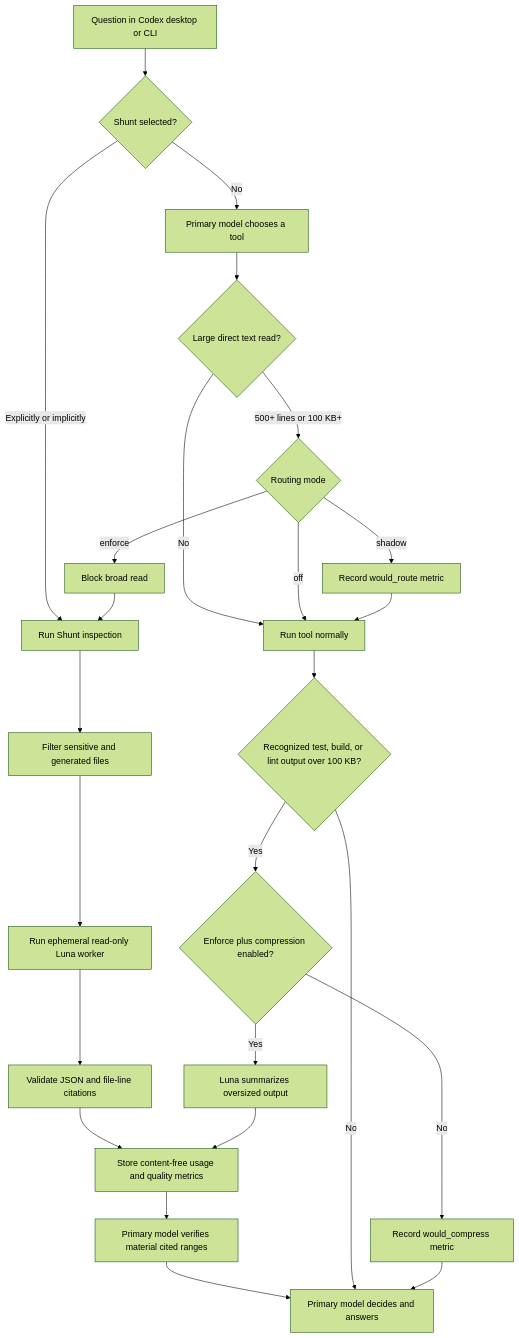
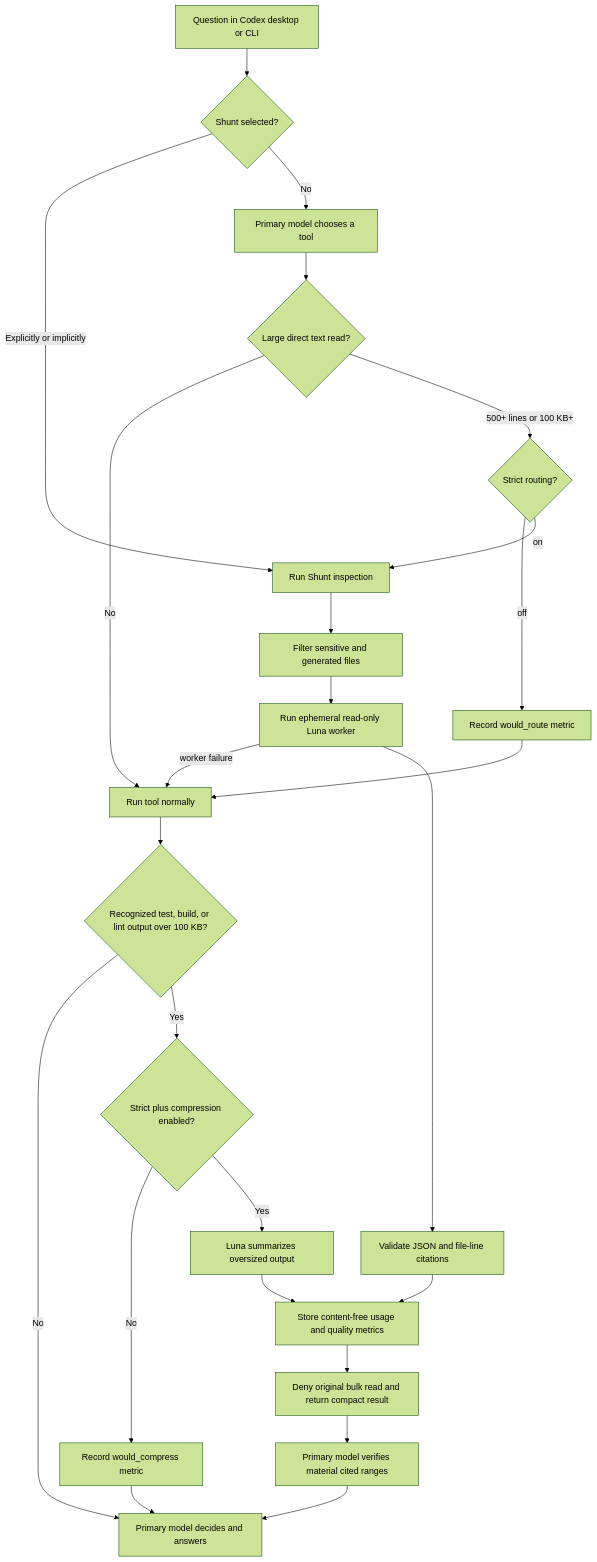
One commit to OstermanEric/codex-shunt changed the diagram in README.md. Above: the diagram before and after it, drawn with Mermaid (forest theme). The commit also changed other lines of this file and 12 other files, not shown here.

````diff
--- a/README.md
+++ b/README.md
@@ -64,27 +64,27 @@
 ```mermaid
 flowchart TD
     A[Question in Codex desktop or CLI] --> B{Shunt selected?}
     B -- Explicitly or implicitly --> W[Run Shunt inspection]
     B -- No --> C[Primary model chooses a tool]
     C --> D{Large direct text read?}
     D -- No --> N[Run tool normally]
-    D -- 500+ lines or 100 KB+ --> M{Routing mode}
-    M -- off --> N
-    M -- shadow --> R[Record would_route metric]
+    D -- 500+ lines or 100 KB+ --> M{Strict routing?}
+    M -- off --> R[Record would_route metric]
     R --> N
-    M -- enforce --> X[Block broad read]
-    X --> W
+    M -- on --> W
     W --> F[Filter sensitive and generated files]
     F --> L[Run ephemeral read-only Luna worker]
+    L -- worker failure --> N
     L --> J[Validate JSON and file-line citations]
     J --> T[Store content-free usage and quality metrics]
-    T --> V[Primary model verifies material cited ranges]
+    T --> X[Deny original bulk read and return compact result]
+    X --> V[Primary model verifies material cited ranges]
     V --> Z[Primary model decides and answers]
     N --> O{Recognized test, build, or lint output over 100 KB?}
     O -- No --> Z
-    O -- Yes --> P{Enforce plus compression enabled?}
+    O -- Yes --> P{Strict plus compression enabled?}
     P -- No --> Q[Record would_compress metric]
     Q --> Z
     P -- Yes --> S[Luna summarizes oversized output]
     S --> T
 ```
````
